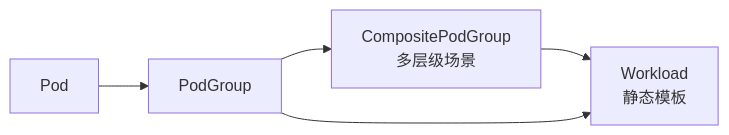
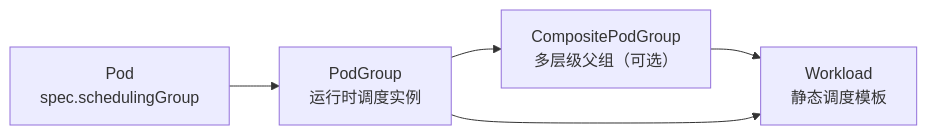
The first of 11 diagrams in docs/research/k8s-workload-aware-scheduling-vs-volcano-cn.md (JesseStutler/volcano), drawn with Mermaid before and after one commit. The commit also changed other lines of this file and 1 other file, not shown here.

First line of the commit message:
docs: tighten report for sharing and add single-Pod vs PodGroup flow

````diff
--- a/docs/research/k8s-workload-aware-scheduling-vs-volcano-cn.md
+++ b/docs/research/k8s-workload-aware-scheduling-vs-volcano-cn.md
@@ -70,12 +17,12 @@
 ```mermaid
 flowchart LR
-    Pod["Pod"]
-    PG["PodGroup"]
-    CPG["CompositePodGroup<br/>多层级场景"]
-    W["Workload<br/>静态模板"]
+    Pod["Pod<br/>spec.schedulingGroup"]
+    PG["PodGroup<br/>运行时调度实例"]
+    CPG["CompositePodGroup<br/>多层级父组（可选）"]
+    W["Workload<br/>静态调度模板"]
 
     Pod --> PG
     PG --> CPG
     CPG --> W
     PG --> W
 ```
````
